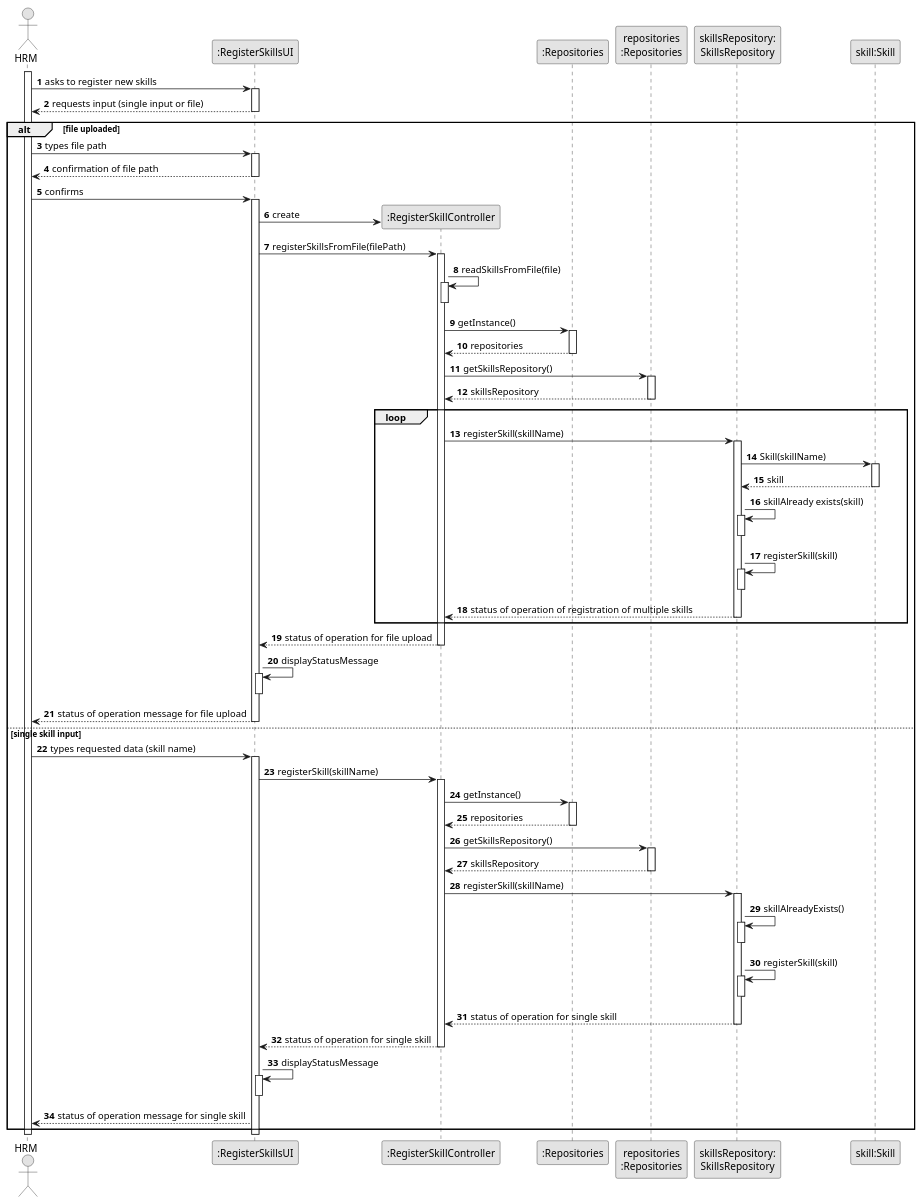
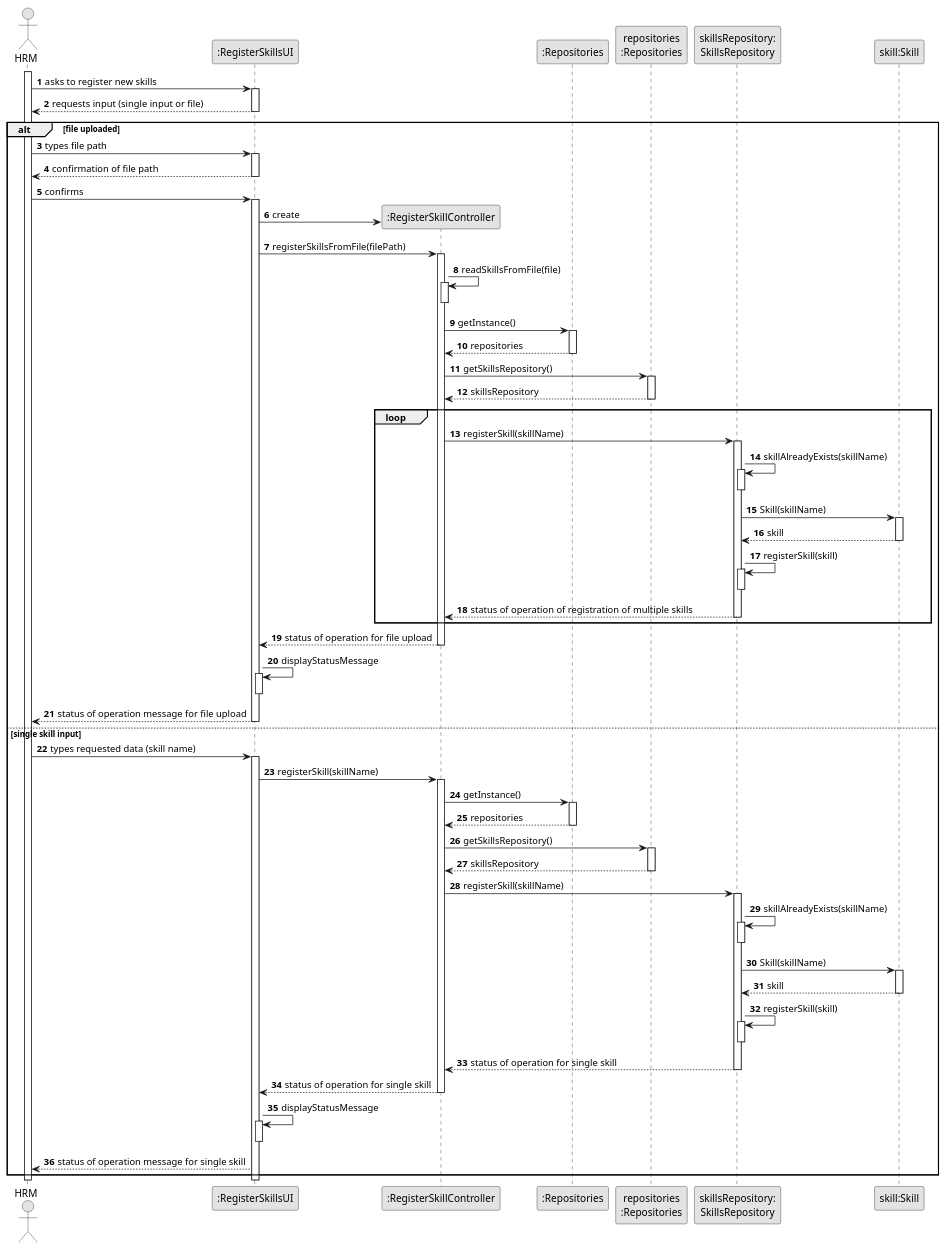
One commit to Departamento-de-Engenharia-Informatica/lei-24-s2-1do-g164 changed the diagram in docs/sprintB/us001/03.design/puml/us001-sequence-diagram-fullv2.puml. Above: the diagram before and after it, drawn with PlantUML.

Commit message:
US01(docs): Finishing of design SD

```diff
--- a/docs/sprintB/us001/03.design/puml/us001-sequence-diagram-fullv2.puml
+++ b/docs/sprintB/us001/03.design/puml/us001-sequence-diagram-fullv2.puml
@@ -1,143 +1,145 @@
 @startuml
 skinparam monochrome true
 skinparam packageStyle rectangle
 skinparam shadowing false
 
 autonumber
 
 'hide footbox
 actor "HRM" as ADM
 participant ":RegisterSkillsUI" as UI
 participant ":RegisterSkillController" as CTRL
 participant ":Repositories" as RepositorySingleton
 participant "repositories\n:Repositories" as PLAT
 participant "skillsRepository:\nSkillsRepository" as skillsRepository
 participant "skill:Skill" as skill
 
 
 activate ADM
 
     ADM -> UI : asks to register new skills
     activate UI
     UI --> ADM : requests input (single input or file)
     deactivate UI
 
 
 
     ' Branch for handling file upload
     alt file uploaded
 
 
 
             ADM -> UI : types file path
             activate UI
 
 
 
             UI --> ADM : confirmation of file path
             deactivate UI
 
             ADM -> UI : confirms
             activate UI
 
             UI -> CTRL** : create
         UI -> CTRL : registerSkillsFromFile(filePath)
         activate CTRL
 
         CTRL -> CTRL : readSkillsFromFile(file)
                 activate CTRL
                 deactivate CTRL
 
         CTRL -> RepositorySingleton : getInstance()
         activate RepositorySingleton
 
         RepositorySingleton --> CTRL: repositories
         deactivate RepositorySingleton
 
         CTRL -> PLAT : getSkillsRepository()
         activate PLAT
 
         PLAT --> CTRL: skillsRepository
         deactivate PLAT
 
         loop
 
         CTRL -> skillsRepository : registerSkill(skillName)
         activate skillsRepository
 
+        skillsRepository -> skillsRepository : skillAlreadyExists(skillName)
+        activate skillsRepository
+        deactivate skillsRepository
         "skillsRepository" -> skill : Skill(skillName)
         activate skill
         "skillsRepository" <-- skill : skill
         deactivate skill
-
-        skillsRepository -> skillsRepository : skillAlready exists(skill)
+        skillsRepository -> skillsRepository : registerSkill(skill)
         activate skillsRepository
         deactivate skillsRepository
 
-
-        skillsRepository -> skillsRepository : registerSkill(skill)
-        activate skillsRepository
-        deactivate skillsRepository
         skillsRepository --> CTRL : status of operation of registration of multiple skills
         deactivate skillsRepository
 
         end
 
         CTRL --> UI : status of operation for file upload
         deactivate CTRL
         UI -> UI : displayStatusMessage
         activate UI
         deactivate UI
 
         UI --> ADM : status of operation message for file upload
         deactivate UI
     else single skill input
 
         ADM -> UI : types requested data (skill name)
             activate UI
 
 
         UI -> CTRL : registerSkill(skillName)
 
 
         activate CTRL
 
         CTRL -> RepositorySingleton : getInstance()
         activate RepositorySingleton
 
         RepositorySingleton --> CTRL: repositories
         deactivate RepositorySingleton
 
         CTRL -> PLAT : getSkillsRepository()
         activate PLAT
 
         PLAT --> CTRL: skillsRepository
         deactivate PLAT
 
         CTRL -> skillsRepository : registerSkill(skillName)
         activate skillsRepository
 
-        skillsRepository -> skillsRepository : skillAlreadyExists()
-        activate skillsRepository
-        deactivate skillsRepository
-        skillsRepository -> skillsRepository : registerSkill(skill)
-        activate skillsRepository
-        deactivate skillsRepository
+        skillsRepository -> skillsRepository : skillAlreadyExists(skillName)
+                activate skillsRepository
+                deactivate skillsRepository
+                "skillsRepository" -> skill : Skill(skillName)
+                activate skill
+                "skillsRepository" <-- skill : skill
+                deactivate skill
+                skillsRepository -> skillsRepository : registerSkill(skill)
+                activate skillsRepository
+                deactivate skillsRepository
         skillsRepository --> CTRL : status of operation for single skill
         deactivate skillsRepository
 
         CTRL --> UI : status of operation for single skill
         deactivate CTRL
 
         UI -> UI : displayStatusMessage
         activate UI
         deactivate UI
 
         UI --> ADM : status of operation message for single skill
     end
 
     deactivate UI
 
 deactivate ADM
 
 @enduml
```
